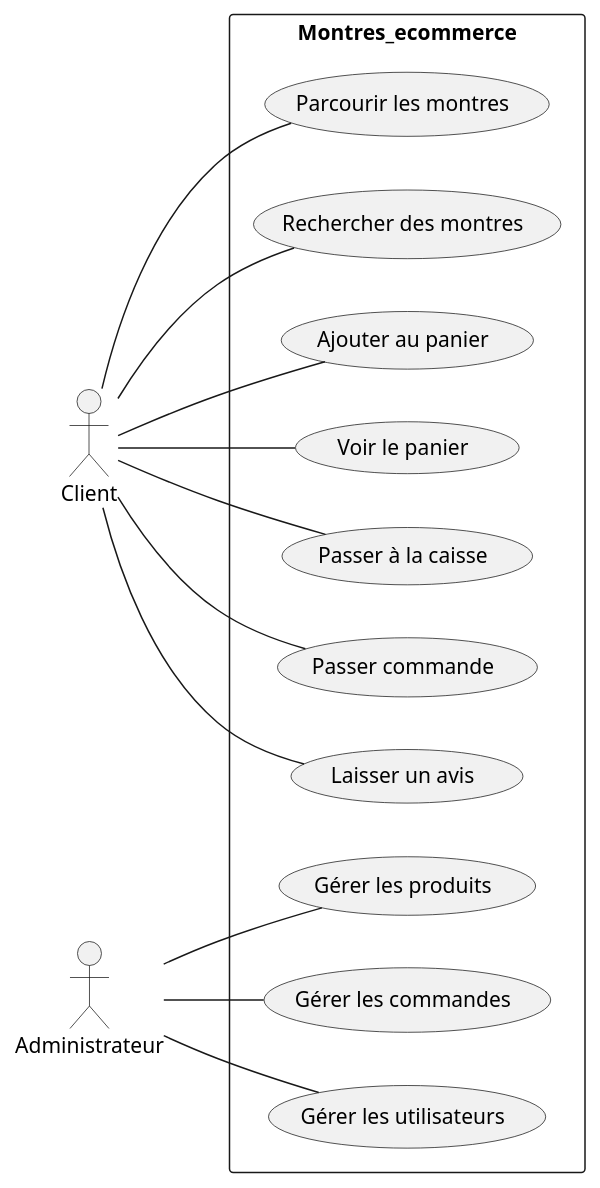
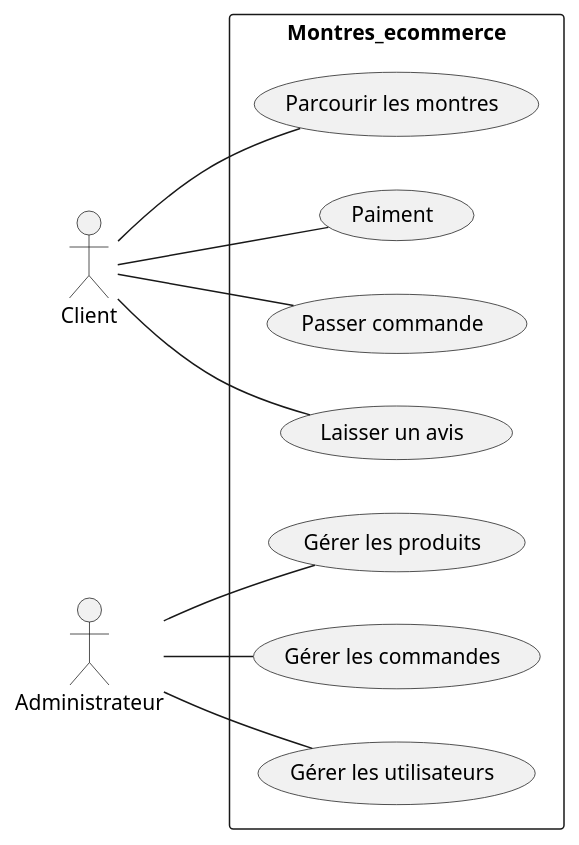
Before and after one commit to dinadehbi/Website-Ecommerce-Watches: the diagram in Analyse/diagramme_de_cas_d'utilisation.puml, drawn with PlantUML. The commit also changed 2 other files, not shown here.

Commit message:
Diagramme de cas d'utilisation modification

```diff
--- a/Analyse/diagramme_de_cas_d'utilisation.puml
+++ b/Analyse/diagramme_de_cas_d'utilisation.puml
@@ -1,30 +1,24 @@
 @startuml Montres_ecommerce
 left to right direction
 actor Client
 actor Administrateur
 
 rectangle "Montres_ecommerce" {
   usecase "Parcourir les montres" as UC_Browse
-  usecase "Rechercher des montres" as UC_Search
-  usecase "Ajouter au panier" as UC_AddCart
-  usecase "Voir le panier" as UC_ViewCart
-  usecase "Passer à la caisse" as UC_Checkout
+  usecase "Paiment" as UC_Checkout
   usecase "Passer commande" as UC_Order
   usecase "Laisser un avis" as UC_Review
   usecase "Gérer les produits" as UC_ManageProducts
   usecase "Gérer les commandes" as UC_ManageOrders
   usecase "Gérer les utilisateurs" as UC_ManageUsers
 }
 
 Client -- UC_Browse
-Client -- UC_Search
-Client -- UC_AddCart
-Client -- UC_ViewCart
 Client -- UC_Checkout
 Client -- UC_Order
 Client -- UC_Review
 
 Administrateur -- UC_ManageProducts
 Administrateur -- UC_ManageOrders
 Administrateur -- UC_ManageUsers
 @enduml
```
